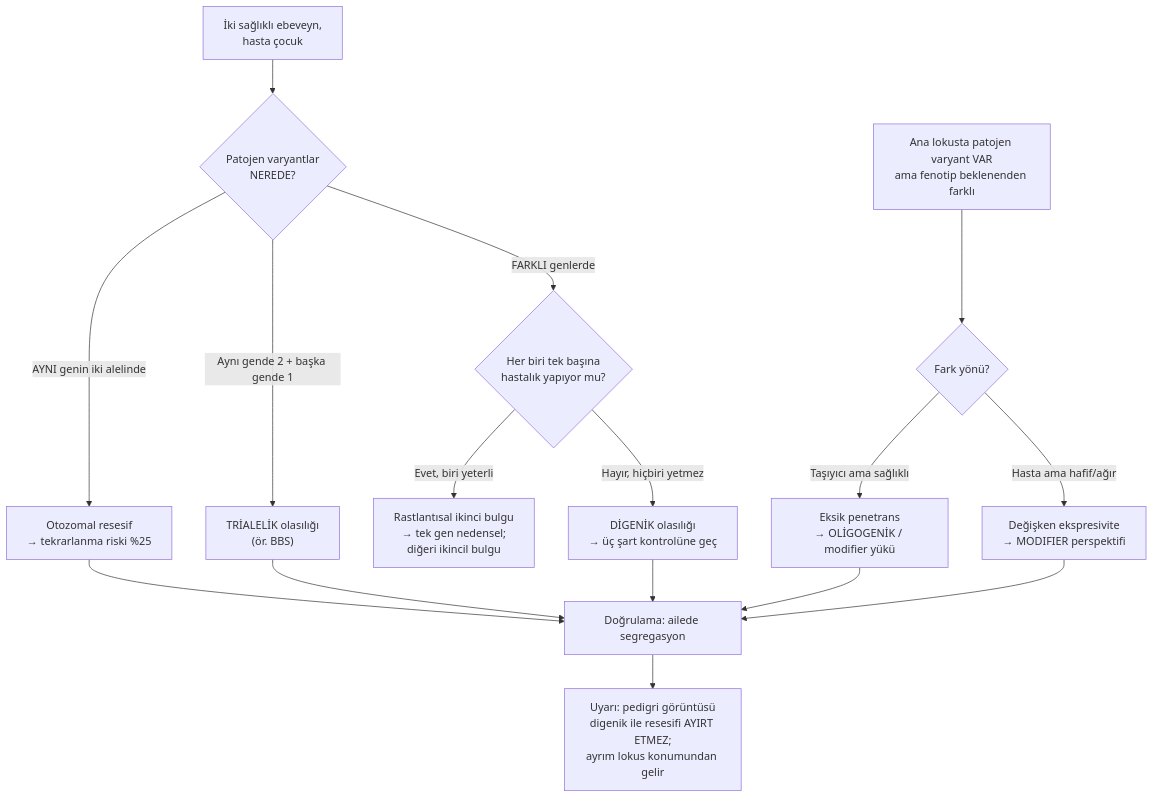
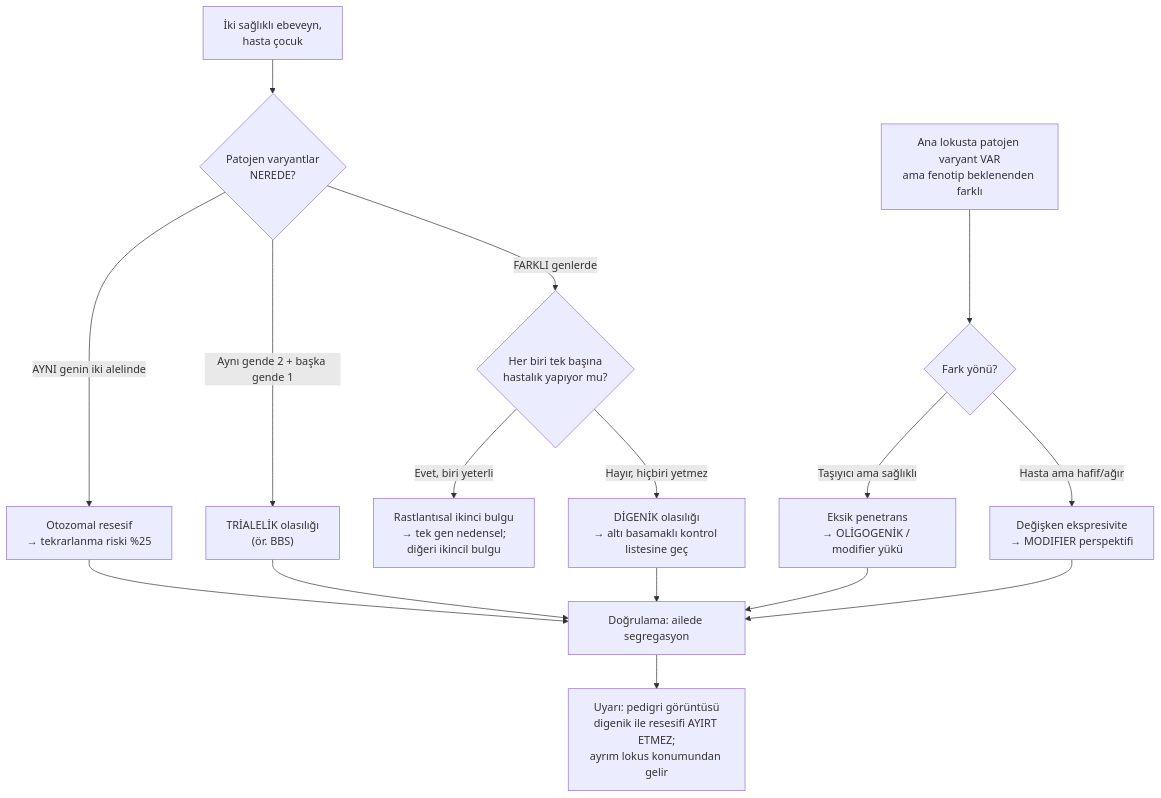
One commit to MDKalenderoglu/Mekanizma_Kitab- changed the second of 3 diagrams in Bölüm_15_Digenik_Oligogenik_Modifier.md. Above: the diagram before and after it, drawn with Mermaid. The commit also changed other lines of this file and 10 other files, not shown here.

````diff
--- a/Bölüm_15_Digenik_Oligogenik_Modifier.md
+++ b/Bölüm_15_Digenik_Oligogenik_Modifier.md
@@ -176,21 +176,21 @@
 ```mermaid
 flowchart TD
   A["İki sağlıklı ebeveyn,<br/>hasta çocuk"] --> B{"Patojen varyantlar<br/>NEREDE?"}
   B -->|"AYNI genin iki alelinde"| C["Otozomal resesif<br/>→ tekrarlanma riski %25"]
   B -->|"FARKLI genlerde"| D{"Her biri tek başına<br/>hastalık yapıyor mu?"}
   B -->|"Aynı gende 2 + başka gende 1"| E["TRİALELİK olasılığı<br/>(ör. BBS)"]
 
   D -->|"Evet, biri yeterli"| F["Rastlantısal ikinci bulgu<br/>→ tek gen nedensel;<br/>diğeri ikincil bulgu"]
-  D -->|"Hayır, hiçbiri yetmez"| G["DİGENİK olasılığı<br/>→ üç şart kontrolüne geç"]
+  D -->|"Hayır, hiçbiri yetmez"| G["DİGENİK olasılığı<br/>→ altı basamaklı kontrol listesine geç"]
 
   H["Ana lokusta patojen varyant VAR<br/>ama fenotip beklenenden farklı"] --> I{"Fark yönü?"}
   I -->|"Taşıyıcı ama sağlıklı"| J["Eksik penetrans<br/>→ OLİGOGENİK / modifier yükü"]
   I -->|"Hasta ama hafif/ağır"| K["Değişken ekspresivite<br/>→ MODIFIER perspektifi"]
 
   C --> L["Doğrulama: ailede segregasyon"]
   E --> L
   G --> L
   J --> L
   K --> L
   L --> M["Uyarı: pedigri görüntüsü<br/>digenik ile resesifi AYIRT ETMEZ;<br/>ayrım lokus konumundan gelir"]
 ```
````
